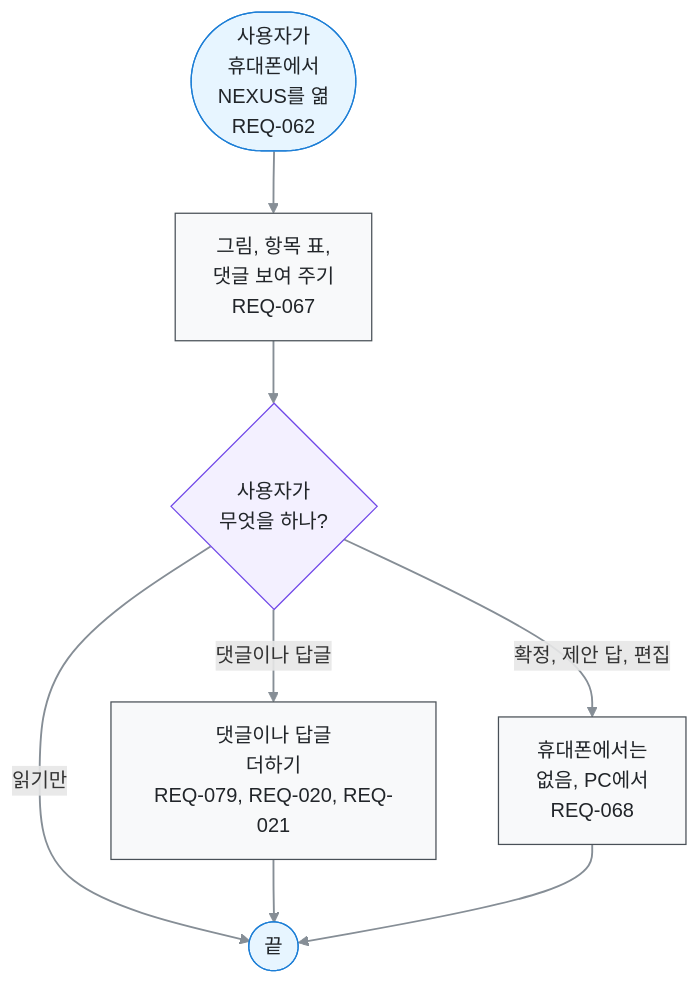
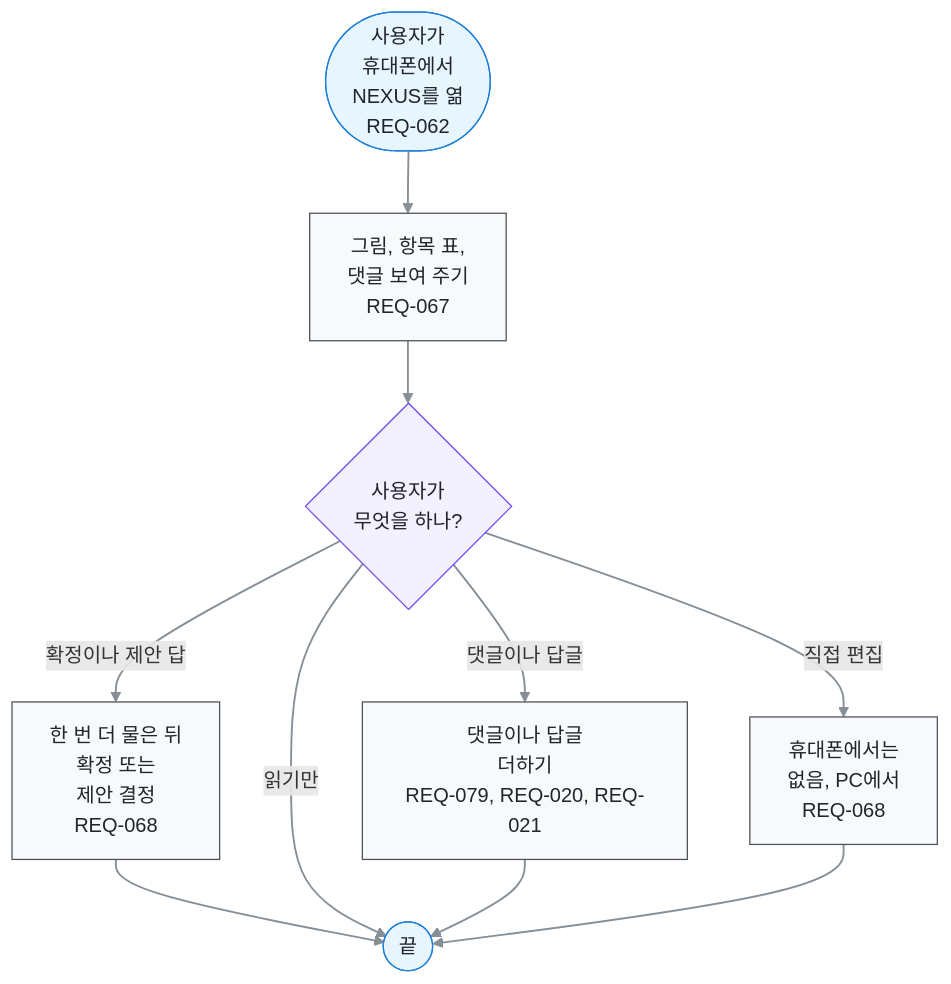
The diagram in docs/03-user-flow/FL-008-read-and-comment-on-a-phone.ko.md (kodonghui/corthex-nexus), drawn with Mermaid before and after one commit. The commit also changed other lines of this file and 69 other files, not shown here.

````diff
--- a/docs/03-user-flow/FL-008-read-and-comment-on-a-phone.ko.md
+++ b/docs/03-user-flow/FL-008-read-and-comment-on-a-phone.ko.md
@@ -11,26 +11,29 @@
 ```mermaid
 flowchart TD
   A(["사용자가<br/>휴대폰에서<br/>NEXUS를 엶<br/>REQ-062"])
   B["그림, 항목 표,<br/>댓글 보여 주기<br/>REQ-067"]
   C{"사용자가<br/>무엇을 하나?"}
   D["댓글이나 답글<br/>더하기<br/>REQ-079, REQ-020, REQ-021"]
+  P["한 번 더 물은 뒤<br/>확정 또는<br/>제안 결정<br/>REQ-068"]
   R1["휴대폰에서는<br/>없음, PC에서<br/>REQ-068"]
   Z(["끝"])
   A e1@--> B
   B e2@--> C
   C e3@-->|댓글이나 답글| D
-  C e4@-->|확정, 제안 답, 편집| R1
+  C e4@-->|직접 편집| R1
+  C e8@-->|확정이나 제안 답| P
+  P e9@--> Z
   C e5@-->|읽기만| Z
   D e6@--> Z
   R1 e7@--> Z
   %% legend: below
   classDef term fill:#e7f5ff,stroke:#1c7ed6,color:#212529
   classDef proc fill:#f8f9fa,stroke:#495057,color:#212529
   classDef decide fill:#f3f0ff,stroke:#7048e8,color:#212529
   classDef gap fill:#f1f3f5,stroke:#adb5bd,stroke-dasharray:2 3,color:#495057
   classDef pass stroke:#868e96,stroke-width:1.5px
   class A,Z term
-  class B,D,R1 proc
+  class B,D,P,R1 proc
   class C decide
-  class e1,e2,e3,e4,e5,e6,e7 pass
+  class e1,e2,e3,e4,e5,e6,e7,e8,e9 pass
 ```
````
